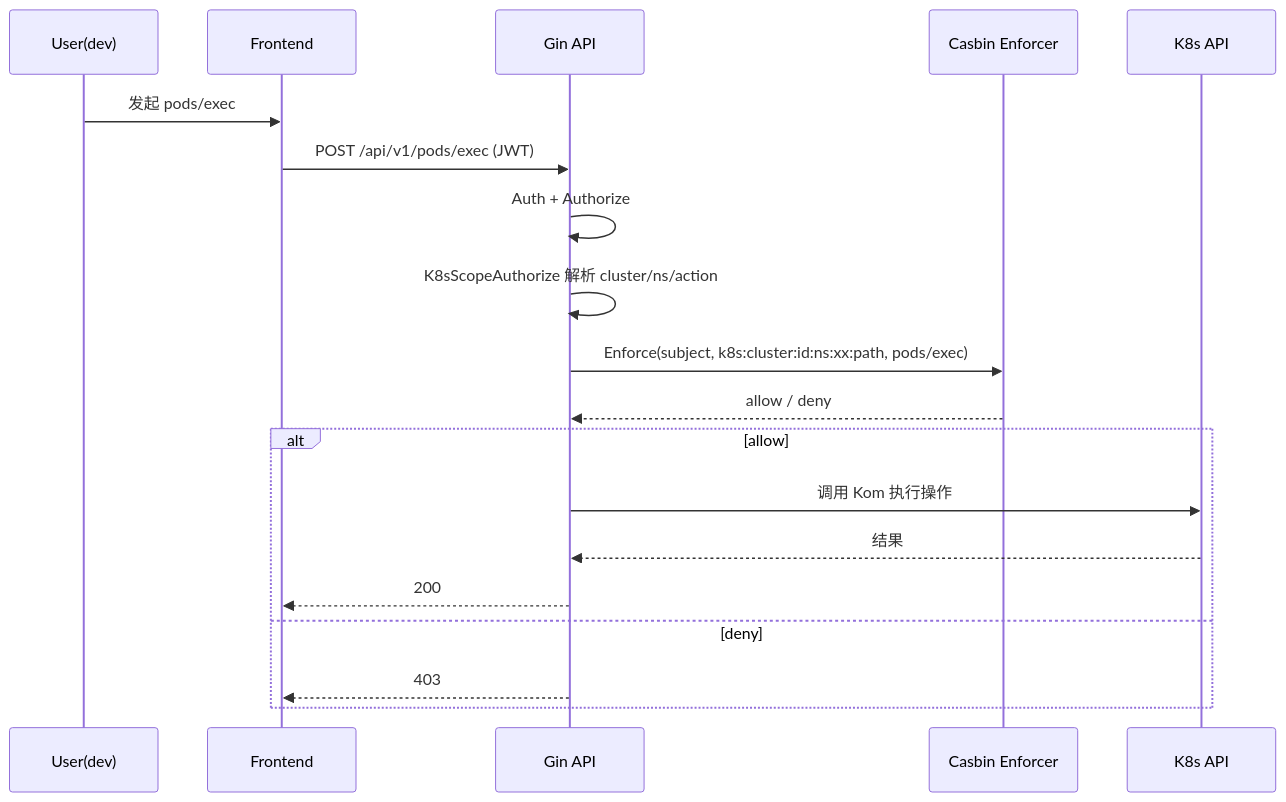
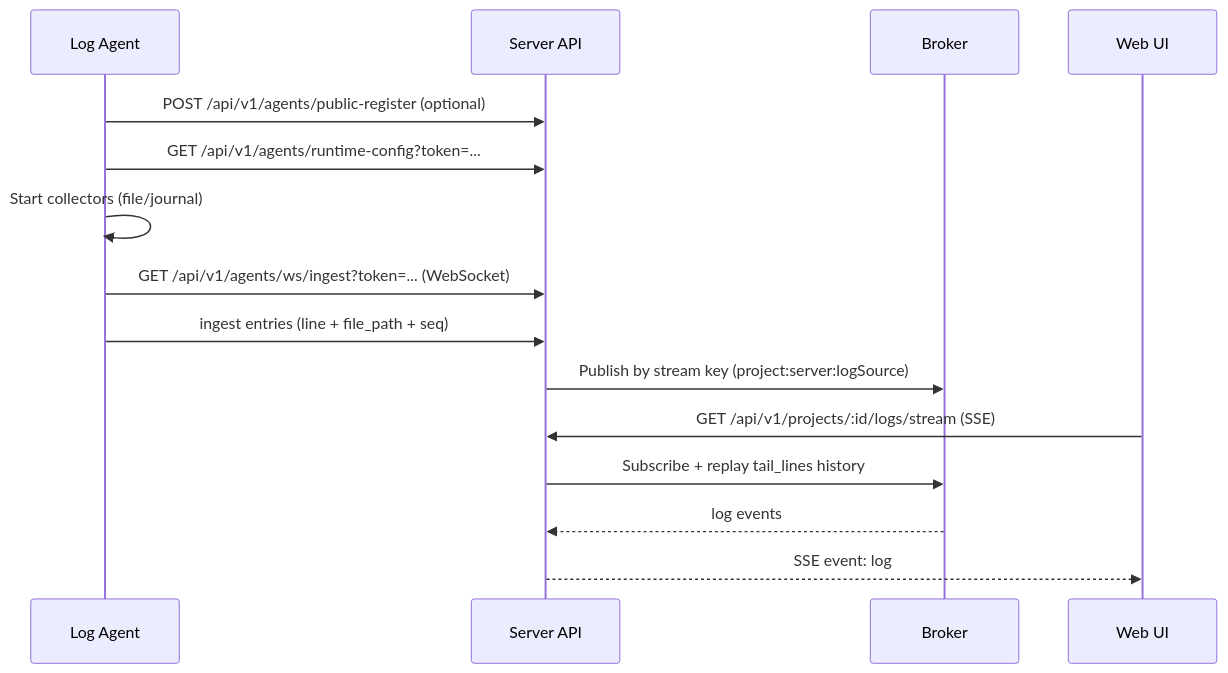
The second of 2 diagrams in README.md (chinesewxd123/yunshu), drawn with Mermaid before and after one commit. The commit also changed other lines of this file and 254 other files, not shown here.

````diff
--- a/README.md
+++ b/README.md
@@ -116,22 +194,18 @@
 ```mermaid
 sequenceDiagram
-  participant U as User(dev)
-  participant FE as Frontend
-  participant BE as Gin API
-  participant CA as Casbin Enforcer
-  participant K8S as K8s API
+  participant A as Log Agent
+  participant S as Server API
+  participant B as Broker
+  participant W as Web UI
 
-  U->>FE: 发起 pods/exec
-  FE->>BE: POST /api/v1/pods/exec (JWT)
-  BE->>BE: Auth + Authorize
-  BE->>BE: K8sScopeAuthorize 解析 cluster/ns/action
-  BE->>CA: Enforce(subject, k8s:cluster:id:ns:xx:path, pods/exec)
-  CA-->>BE: allow / deny
-  alt allow
-    BE->>K8S: 调用 Kom 执行操作
-    K8S-->>BE: 结果
-    BE-->>FE: 200
-  else deny
-    BE-->>FE: 403
-  end
+  A->>S: POST /api/v1/agents/public-register (optional)
+  A->>S: GET /api/v1/agents/runtime-config?token=...
+  A->>A: Start collectors (file/journal)
+  A->>S: GET /api/v1/agents/ws/ingest?token=... (WebSocket)
+  A->>S: ingest entries (line + file_path + seq)
+  S->>B: Publish by stream key (project:server:logSource)
+  W->>S: GET /api/v1/projects/:id/logs/stream (SSE)
+  S->>B: Subscribe + replay tail_lines history
+  B-->>S: log events
+  S-->>W: SSE event: log
 ```
````
